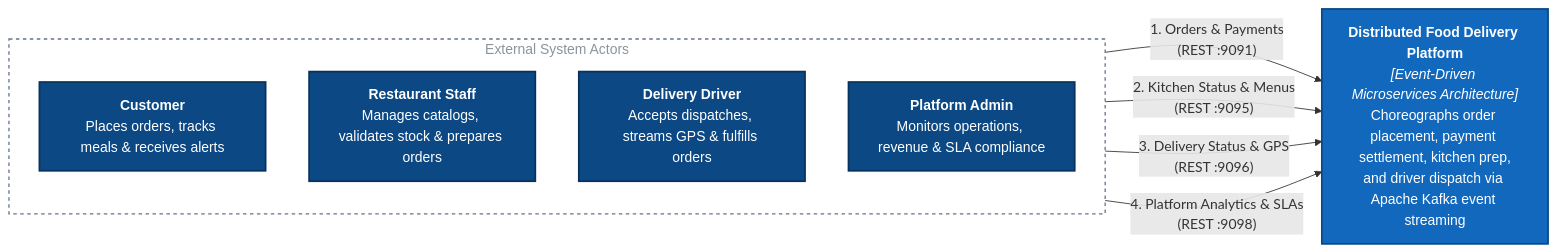
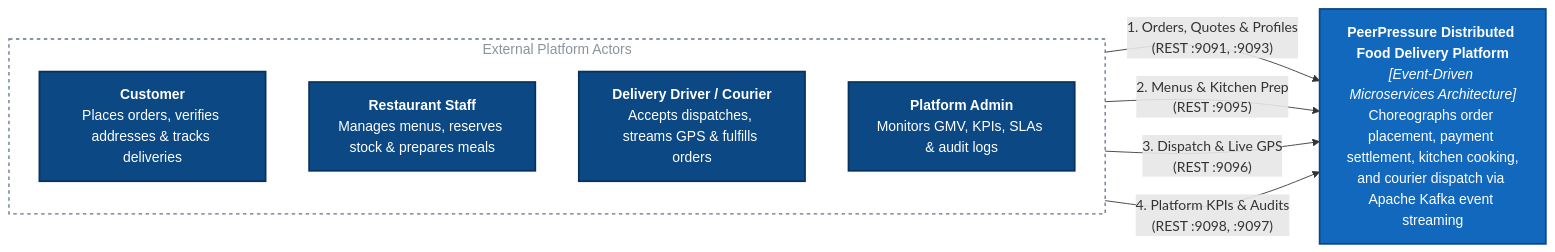
Before and after one commit to CodeGrogu/DSA-Assignment-2: the first of 3 diagrams in README.md, drawn with Mermaid. The commit also changed other lines of this file and 90 other files, not shown here.

Commit message:
feat: complete platform service integration, workflows, and order explainer

````diff
--- a/README.md
+++ b/README.md
@@ -18,24 +20,23 @@
 ```mermaid
 flowchart LR
-    %% Styling Definitions
     classDef actorNode fill:#0b4884,stroke:#07325d,stroke-width:2px,color:#ffffff,font-family:sans-serif;
     classDef systemNode fill:#1168bd,stroke:#0b4884,stroke-width:2px,color:#ffffff,font-family:sans-serif;
     classDef clusterBox fill:none,stroke:#64748b,stroke-width:1.5px,stroke-dasharray: 4 4,color:#8b949e,font-family:sans-serif;
 
-    subgraph Actors ["External System Actors"]
+    subgraph Actors ["External Platform Actors"]
         direction TB
-        customer["<b>Customer</b><br/>Places orders, tracks meals & receives alerts"]:::actorNode
-        restaurant["<b>Restaurant Staff</b><br/>Manages catalogs, validates stock & prepares orders"]:::actorNode
-        driver["<b>Delivery Driver</b><br/>Accepts dispatches, streams GPS & fulfills orders"]:::actorNode
-        admin["<b>Platform Admin</b><br/>Monitors operations, revenue & SLA compliance"]:::actorNode
+        customer["<b>Customer</b><br/>Places orders, verifies addresses & tracks deliveries"]:::actorNode
+        restaurant["<b>Restaurant Staff</b><br/>Manages menus, reserves stock & prepares meals"]:::actorNode
+        driver["<b>Delivery Driver / Courier</b><br/>Accepts dispatches, streams GPS & fulfills orders"]:::actorNode
+        admin["<b>Platform Admin</b><br/>Monitors GMV, KPIs, SLAs & audit logs"]:::actorNode
     end
 
-    platform["<b>Distributed Food Delivery Platform</b><br/><i>[Event-Driven Microservices Architecture]</i><br/>Choreographs order placement, payment settlement, kitchen prep,<br/>and driver dispatch via Apache Kafka event streaming"]:::systemNode
+    platform["<b>PeerPressure Distributed Food Delivery Platform</b><br/><i>[Event-Driven Microservices Architecture]</i><br/>Choreographs order placement, payment settlement, kitchen cooking,<br/>and courier dispatch via Apache Kafka event streaming"]:::systemNode
 
-    customer -->|"1. Orders & Payments<br/>(REST :9091)"| platform
-    restaurant -->|"2. Kitchen Status & Menus<br/>(REST :9095)"| platform
-    driver -->|"3. Delivery Status & GPS<br/>(REST :9096)"| platform
-    admin -->|"4. Platform Analytics & SLAs<br/>(REST :9098)"| platform
+    customer -->|"1. Orders, Quotes & Profiles<br/>(REST :9091, :9093)"| platform
+    restaurant -->|"2. Menus & Kitchen Prep<br/>(REST :9095)"| platform
+    driver -->|"3. Dispatch & Live GPS<br/>(REST :9096)"| platform
+    admin -->|"4. Platform KPIs & Audits<br/>(REST :9098, :9097)"| platform
 
     class Actors clusterBox;
 ```
````
